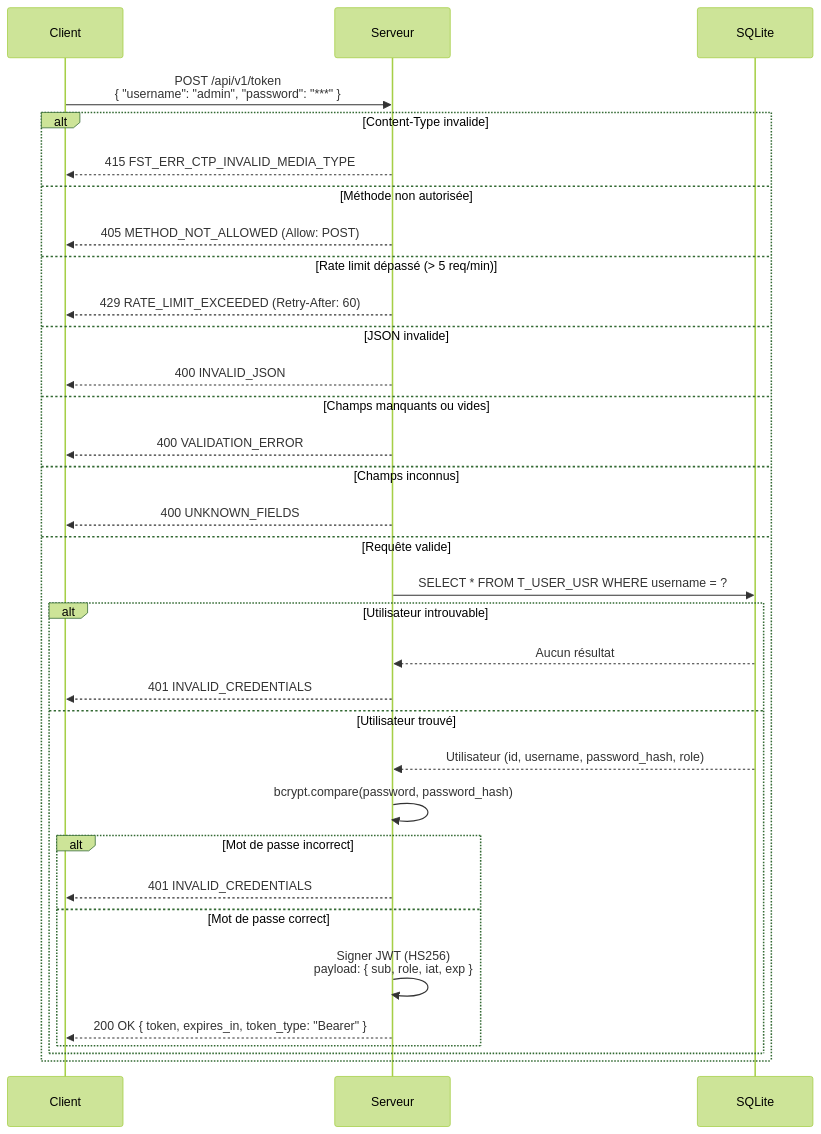
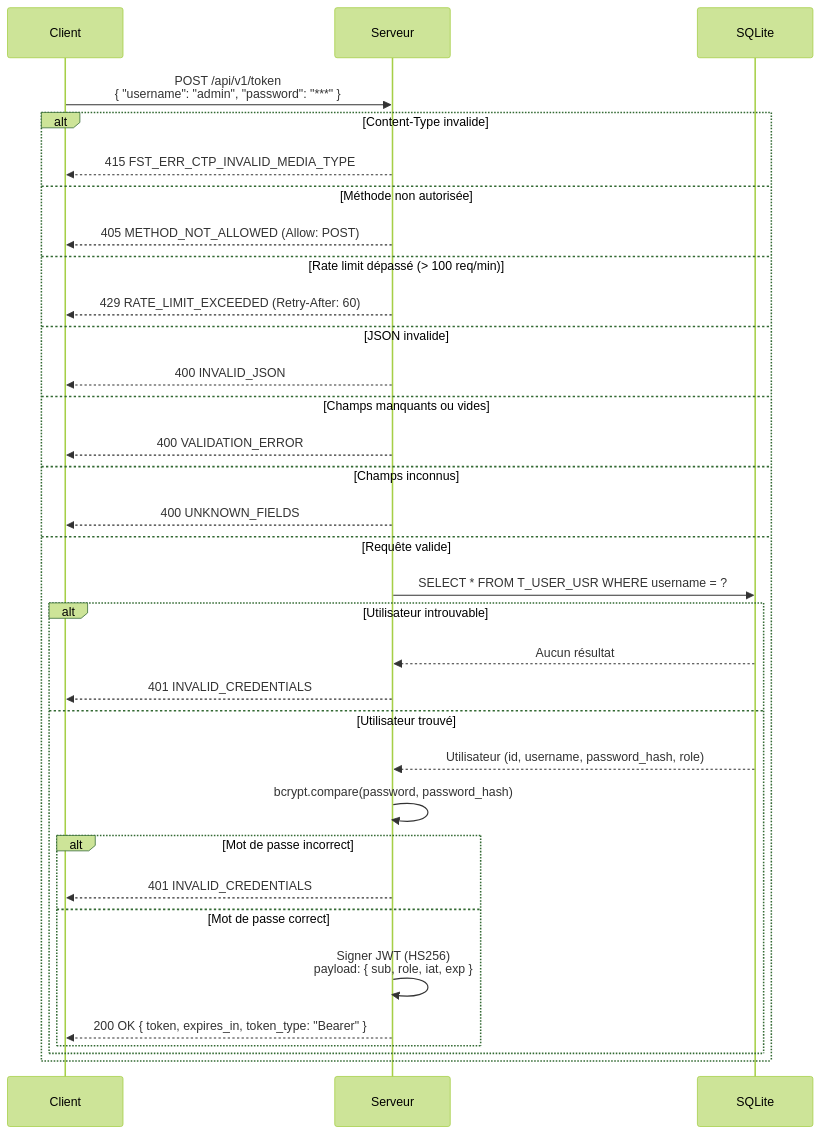
The diagram in docs/specs/diagrams/US-003-authentication-token-sequence.mmd (ODehel/quiz-live-server), drawn with Mermaid before and after one commit. The commit also changed 5 other files, not shown here.

First line of the commit message:
docs(specs): correct the rate limit in the US-003 diagrams (#202)

```diff
--- a/docs/specs/diagrams/US-003-authentication-token-sequence.mmd
+++ b/docs/specs/diagrams/US-003-authentication-token-sequence.mmd
@@ -1,36 +1,36 @@
 %%{init: {"theme": "forest"}}%%
 sequenceDiagram
     participant C as Client
     participant S as Serveur
     participant DB as SQLite
 
     C->>S: POST /api/v1/token<br/>{ "username": "admin", "password": "***" }
 
     alt Content-Type invalide
         S-->>C: 415 FST_ERR_CTP_INVALID_MEDIA_TYPE
     else Méthode non autorisée
         S-->>C: 405 METHOD_NOT_ALLOWED (Allow: POST)
-    else Rate limit dépassé (> 5 req/min)
+    else Rate limit dépassé (> 100 req/min)
         S-->>C: 429 RATE_LIMIT_EXCEEDED (Retry-After: 60)
     else JSON invalide
         S-->>C: 400 INVALID_JSON
     else Champs manquants ou vides
         S-->>C: 400 VALIDATION_ERROR
     else Champs inconnus
         S-->>C: 400 UNKNOWN_FIELDS
     else Requête valide
         S->>DB: SELECT * FROM T_USER_USR WHERE username = ?
         alt Utilisateur introuvable
             DB-->>S: Aucun résultat
             S-->>C: 401 INVALID_CREDENTIALS
         else Utilisateur trouvé
             DB-->>S: Utilisateur (id, username, password_hash, role)
             S->>S: bcrypt.compare(password, password_hash)
             alt Mot de passe incorrect
                 S-->>C: 401 INVALID_CREDENTIALS
             else Mot de passe correct
                 S->>S: Signer JWT (HS256)<br/>payload: { sub, role, iat, exp }
                 S-->>C: 200 OK { token, expires_in, token_type: "Bearer" }
             end
         end
     end
```
